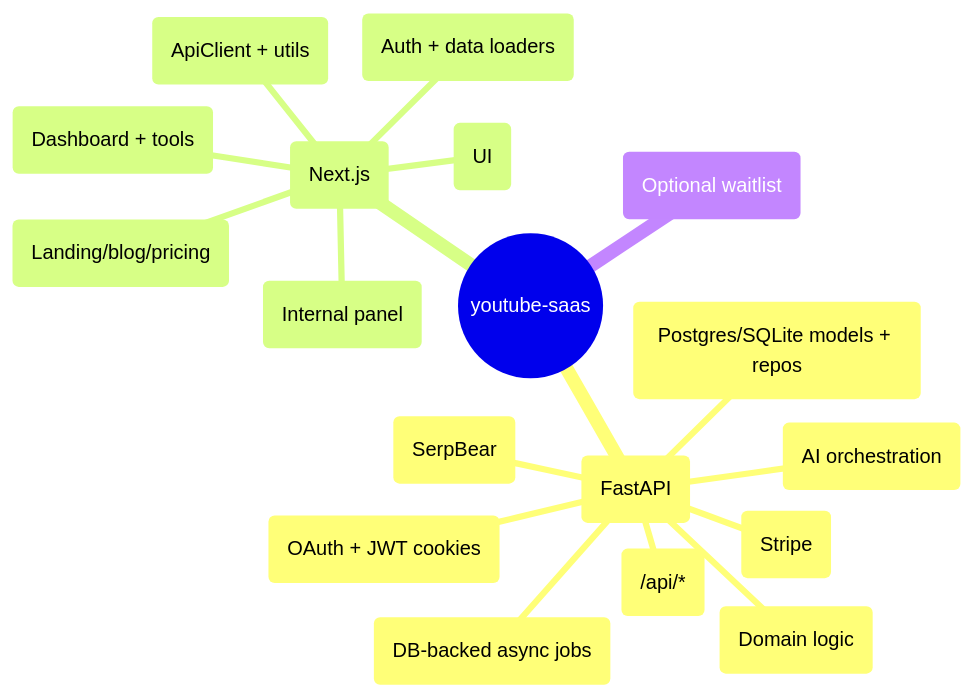
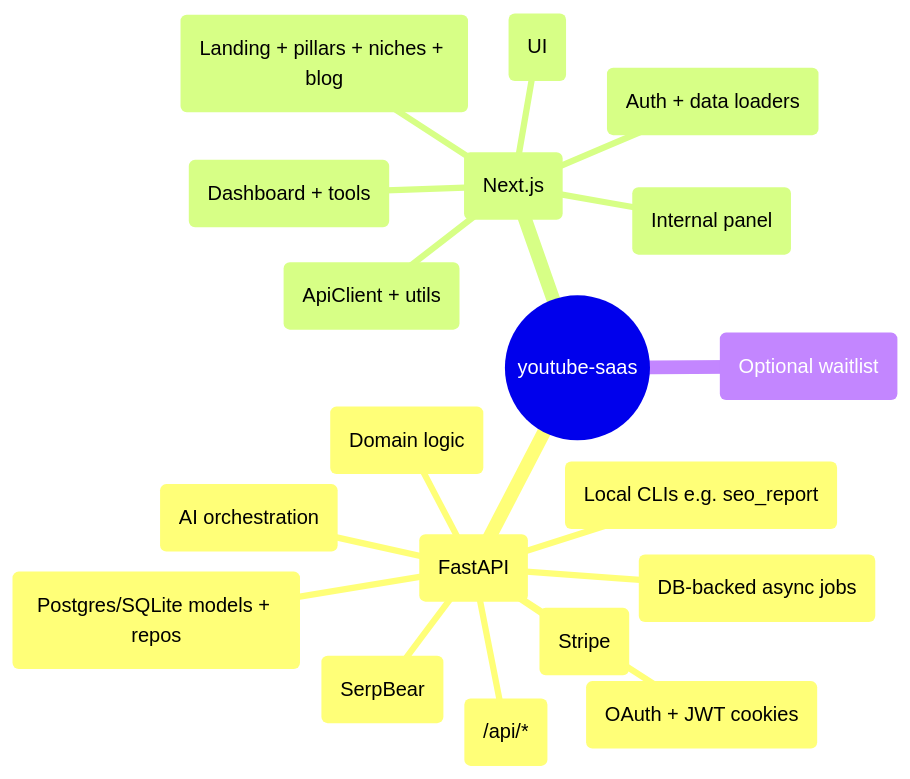
Before and after one commit to palinopr/youtube-creator-saas: the first of 6 diagrams in docs/ARCHITECTURE.md, drawn with Mermaid. The commit also changed other lines of this file, not shown here.

Commit message:
docs(arch): update mermaid for pillars, niches, seo cli

````diff
--- a/docs/ARCHITECTURE.md
+++ b/docs/ARCHITECTURE.md
@@ -14,21 +14,22 @@
 ```mermaid
 mindmap
   root((youtube-saas))
     backend(FastAPI)
       auth(OAuth + JWT cookies)
       routers(/api/*)
       tools(Domain logic)
       agents(AI orchestration)
+      scripts(Local CLIs e.g. seo_report)
       workers(DB-backed async jobs)
       db(Postgres/SQLite models + repos)
       billing(Stripe)
       services(SerpBear)
     frontend(Next.js)
-      marketing(Landing/blog/pricing)
+      marketing(Landing + pillars + niches + blog)
       app(Dashboard + tools)
       admin(Internal panel)
       lib(ApiClient + utils)
       hooks(Auth + data loaders)
       components(UI)
     supabase(Optional waitlist)
 ```
````
